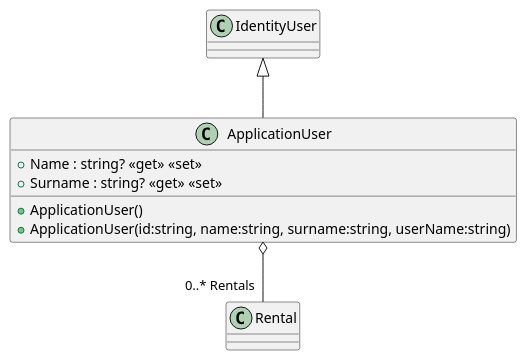
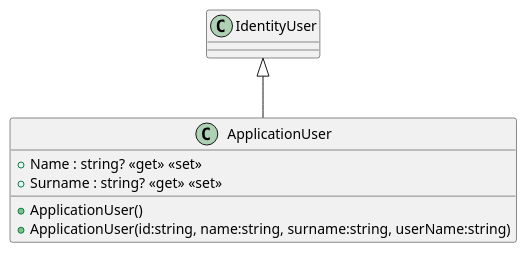
Before and after one commit to Ingenieria-del-Software-II-ESIIAB/AppForMovies: the diagram in src/AppForMovies.API/ClassDiagram/ApplicationUser.puml, drawn with PlantUML. The commit also changed 23 other files, not shown here.

First line of the commit message:
Diagrams and warnings (#66)

```diff
--- a/src/AppForMovies.API/ClassDiagram/ApplicationUser.puml
+++ b/src/AppForMovies.API/ClassDiagram/ApplicationUser.puml
@@ -1,10 +1,10 @@
 @startuml
 class ApplicationUser {
     + ApplicationUser()
     + ApplicationUser(id:string, name:string, surname:string, userName:string)
     + Name : string? <<get>> <<set>>
     + Surname : string? <<get>> <<set>>
 }
 IdentityUser <|-- ApplicationUser
-ApplicationUser o-- "0..* Rentals" Rental
+
 @enduml
```
